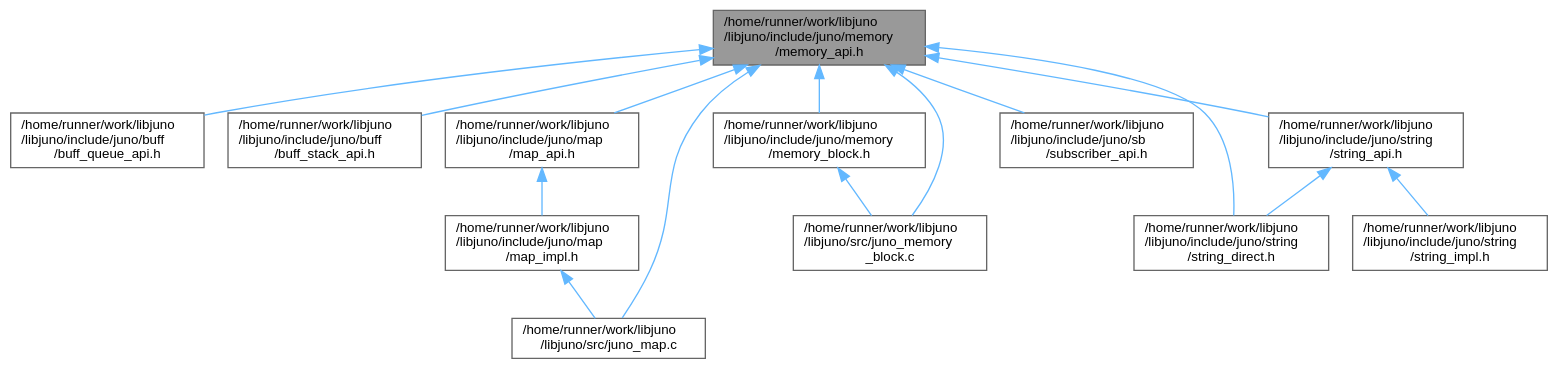
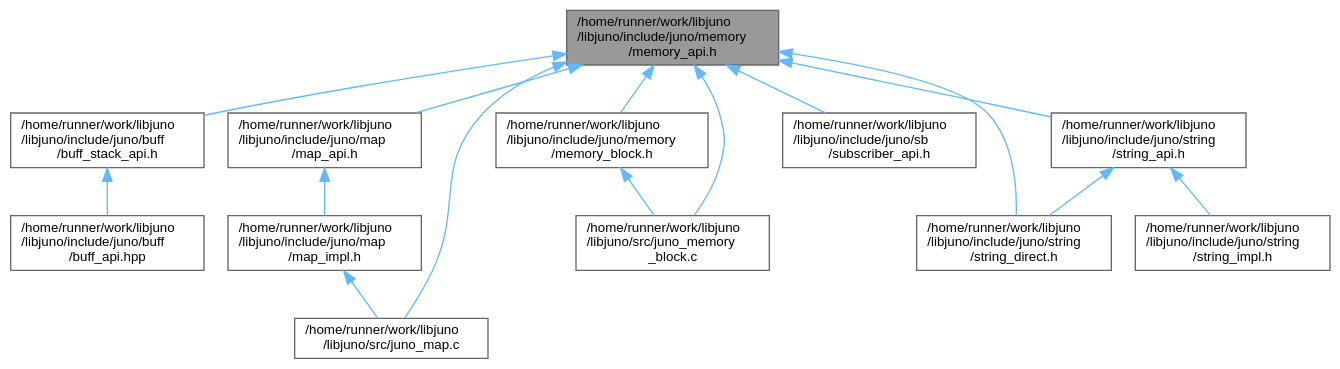
The diagram in memory__api_8h__dep__incl.dot (robinonsay/libjuno), drawn with Graphviz before and after one commit. The commit also changed 63 other files, not shown here.

```diff
--- a/memory__api_8h__dep__incl.dot
+++ b/memory__api_8h__dep__incl.dot
@@ -1,33 +1,33 @@
 digraph "/home/runner/work/libjuno/libjuno/include/juno/memory/memory_api.h"
 {
  // LATEX_PDF_SIZE
   bgcolor="transparent";
   edge [fontname=Helvetica,fontsize=10,labelfontname=Helvetica,labelfontsize=10];
   node [fontname=Helvetica,fontsize=10,shape=box,height=0.2,width=0.4];
   Node1 [id="Node000001",label="/home/runner/work/libjuno\l/libjuno/include/juno/memory\l/memory_api.h",height=0.2,width=0.4,color="gray40", fillcolor="grey60", style="filled", fontcolor="black",tooltip=" "];
   Node1 -> Node2 [id="edge1_Node000001_Node000002",dir="back",color="steelblue1",style="solid",tooltip=" "];
-  Node2 [id="Node000002",label="/home/runner/work/libjuno\l/libjuno/include/juno/buff\l/buff_queue_api.h",height=0.2,width=0.4,color="grey40", fillcolor="white", style="filled",URL="$buff__queue__api_8h.html",tooltip=" "];
-  Node1 -> Node3 [id="edge2_Node000001_Node000003",dir="back",color="steelblue1",style="solid",tooltip=" "];
-  Node3 [id="Node000003",label="/home/runner/work/libjuno\l/libjuno/include/juno/buff\l/buff_stack_api.h",height=0.2,width=0.4,color="grey40", fillcolor="white", style="filled",URL="$buff__stack__api_8h.html",tooltip=" "];
+  Node2 [id="Node000002",label="/home/runner/work/libjuno\l/libjuno/include/juno/buff\l/buff_stack_api.h",height=0.2,width=0.4,color="grey40", fillcolor="white", style="filled",URL="$buff__stack__api_8h.html",tooltip=" "];
+  Node2 -> Node3 [id="edge2_Node000002_Node000003",dir="back",color="steelblue1",style="solid",tooltip=" "];
+  Node3 [id="Node000003",label="/home/runner/work/libjuno\l/libjuno/include/juno/buff\l/buff_api.hpp",height=0.2,width=0.4,color="grey40", fillcolor="white", style="filled",URL="$buff__api_8hpp.html",tooltip=" "];
   Node1 -> Node4 [id="edge3_Node000001_Node000004",dir="back",color="steelblue1",style="solid",tooltip=" "];
   Node4 [id="Node000004",label="/home/runner/work/libjuno\l/libjuno/include/juno/map\l/map_api.h",height=0.2,width=0.4,color="grey40", fillcolor="white", style="filled",URL="$map__api_8h.html",tooltip=" "];
   Node4 -> Node5 [id="edge4_Node000004_Node000005",dir="back",color="steelblue1",style="solid",tooltip=" "];
   Node5 [id="Node000005",label="/home/runner/work/libjuno\l/libjuno/include/juno/map\l/map_impl.h",height=0.2,width=0.4,color="grey40", fillcolor="white", style="filled",URL="$map__impl_8h.html",tooltip=" "];
   Node5 -> Node6 [id="edge5_Node000005_Node000006",dir="back",color="steelblue1",style="solid",tooltip=" "];
   Node6 [id="Node000006",label="/home/runner/work/libjuno\l/libjuno/src/juno_map.c",height=0.2,width=0.4,color="grey40", fillcolor="white", style="filled",URL="$juno__map_8c.html",tooltip=" "];
   Node1 -> Node7 [id="edge6_Node000001_Node000007",dir="back",color="steelblue1",style="solid",tooltip=" "];
   Node7 [id="Node000007",label="/home/runner/work/libjuno\l/libjuno/include/juno/memory\l/memory_block.h",height=0.2,width=0.4,color="grey40", fillcolor="white", style="filled",URL="$memory__block_8h.html",tooltip=" "];
   Node7 -> Node8 [id="edge7_Node000007_Node000008",dir="back",color="steelblue1",style="solid",tooltip=" "];
   Node8 [id="Node000008",label="/home/runner/work/libjuno\l/libjuno/src/juno_memory\l_block.c",height=0.2,width=0.4,color="grey40", fillcolor="white", style="filled",URL="$juno__memory__block_8c.html",tooltip=" "];
   Node1 -> Node9 [id="edge8_Node000001_Node000009",dir="back",color="steelblue1",style="solid",tooltip=" "];
   Node9 [id="Node000009",label="/home/runner/work/libjuno\l/libjuno/include/juno/sb\l/subscriber_api.h",height=0.2,width=0.4,color="grey40", fillcolor="white", style="filled",URL="$subscriber__api_8h.html",tooltip=" "];
   Node1 -> Node10 [id="edge9_Node000001_Node000010",dir="back",color="steelblue1",style="solid",tooltip=" "];
   Node10 [id="Node000010",label="/home/runner/work/libjuno\l/libjuno/include/juno/string\l/string_api.h",height=0.2,width=0.4,color="grey40", fillcolor="white", style="filled",URL="$string__api_8h.html",tooltip=" "];
   Node10 -> Node11 [id="edge10_Node000010_Node000011",dir="back",color="steelblue1",style="solid",tooltip=" "];
   Node11 [id="Node000011",label="/home/runner/work/libjuno\l/libjuno/include/juno/string\l/string_direct.h",height=0.2,width=0.4,color="grey40", fillcolor="white", style="filled",URL="$string__direct_8h.html",tooltip=" "];
   Node10 -> Node12 [id="edge11_Node000010_Node000012",dir="back",color="steelblue1",style="solid",tooltip=" "];
   Node12 [id="Node000012",label="/home/runner/work/libjuno\l/libjuno/include/juno/string\l/string_impl.h",height=0.2,width=0.4,color="grey40", fillcolor="white", style="filled",URL="$string__impl_8h.html",tooltip=" "];
   Node1 -> Node11 [id="edge12_Node000001_Node000011",dir="back",color="steelblue1",style="solid",tooltip=" "];
   Node1 -> Node6 [id="edge13_Node000001_Node000006",dir="back",color="steelblue1",style="solid",tooltip=" "];
   Node1 -> Node8 [id="edge14_Node000001_Node000008",dir="back",color="steelblue1",style="solid",tooltip=" "];
 }
```
